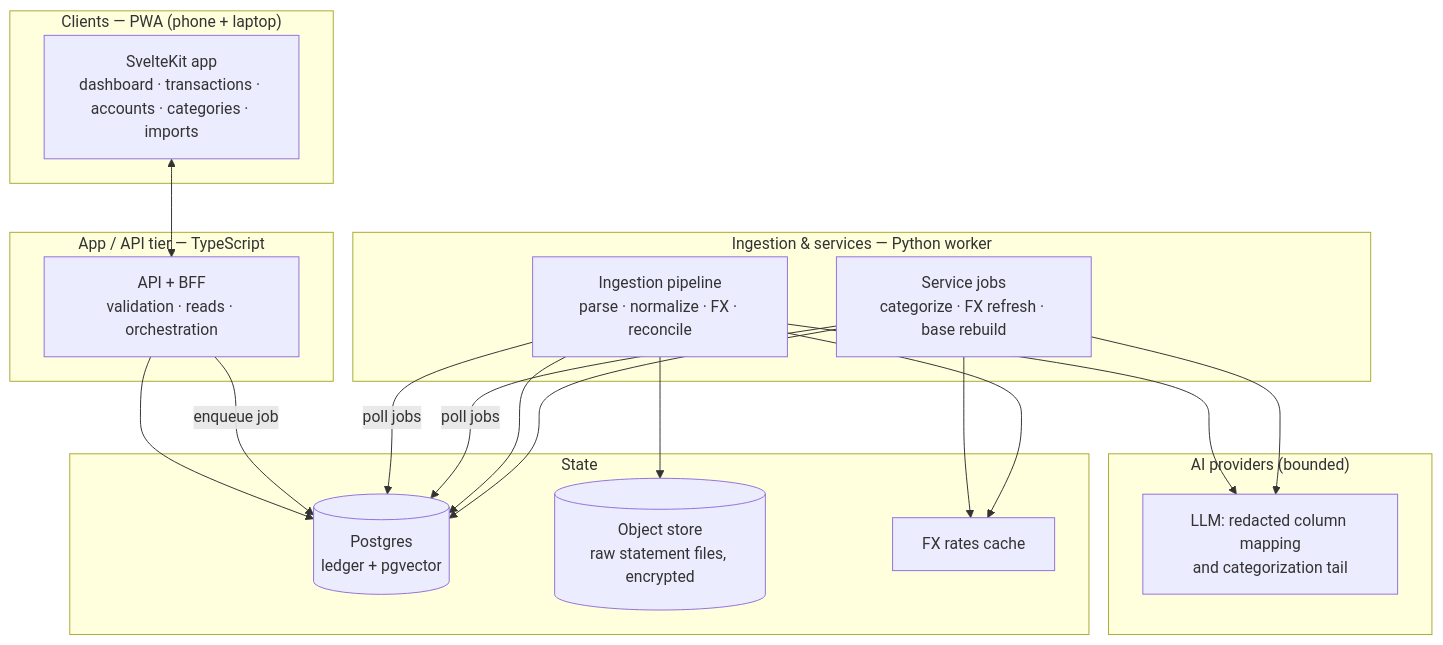
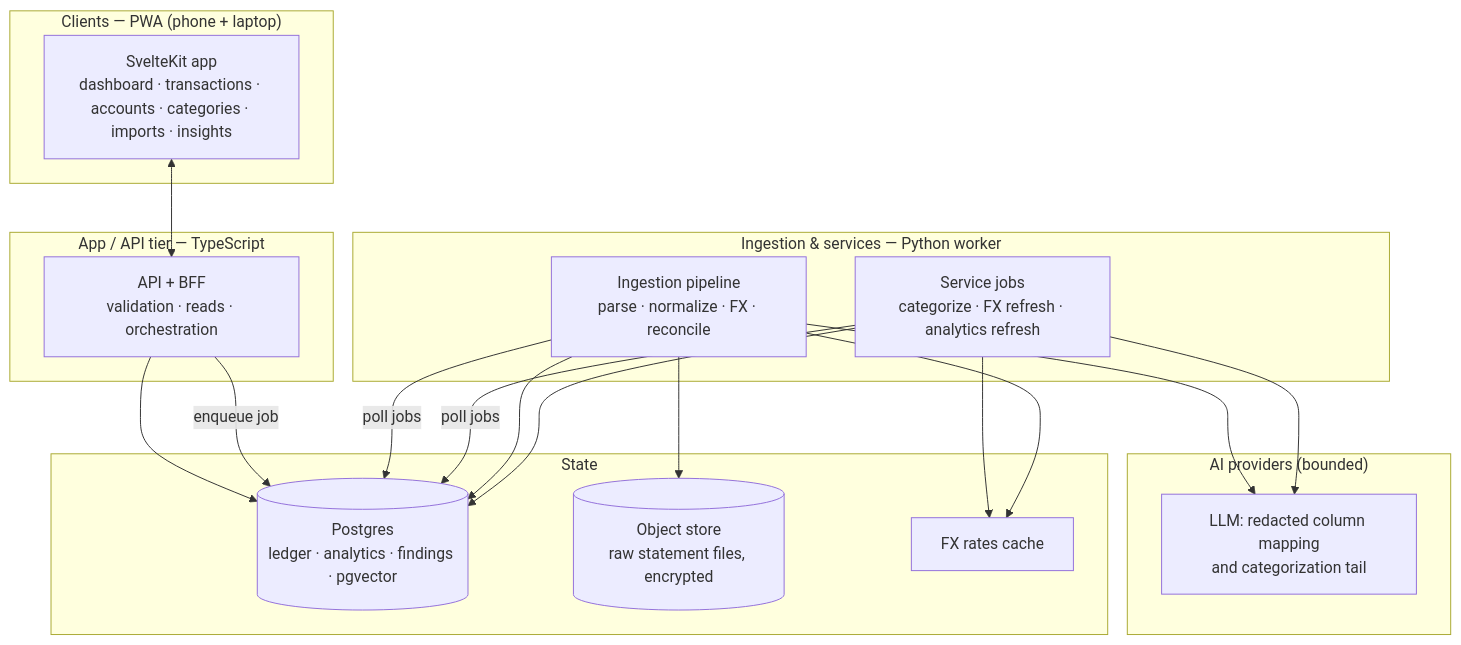
The first of 5 diagrams in docs/ARCHITECTURE.md (Shady-C/ledger), drawn with Mermaid before and after one commit. The commit also changed other lines of this file and 12 other files, not shown here.

````diff
--- a/docs/ARCHITECTURE.md
+++ b/docs/ARCHITECTURE.md
@@ -58,38 +62,38 @@
 ```mermaid
 flowchart TB
     subgraph Client["Clients — PWA (phone + laptop)"]
-        UI["SvelteKit app<br/>dashboard · transactions · accounts · categories · imports"]
+        UI["SvelteKit app<br/>dashboard · transactions · accounts · categories · imports · insights"]
     end
 
     subgraph Edge["App / API tier — TypeScript"]
         API["API + BFF<br/>validation · reads · orchestration"]
     end
 
     subgraph Work["Ingestion & services — Python worker"]
         ING["Ingestion pipeline<br/>parse · normalize · FX · reconcile"]
-        SVC["Service jobs<br/>categorize · FX refresh · base rebuild"]
+        SVC["Service jobs<br/>categorize · FX refresh · analytics refresh"]
     end
 
     subgraph AI["AI providers (bounded)"]
         LLM["LLM: redacted column mapping<br/>and categorization tail"]
     end
 
     subgraph Data["State"]
-        PG[("Postgres<br/>ledger + pgvector")]
+        PG[("Postgres<br/>ledger · analytics · findings · pgvector")]
         OBJ[("Object store<br/>raw statement files, encrypted")]
         FX["FX rates cache"]
     end
 
     UI <--> API
     API --> PG
     API -- enqueue job --> PG
     ING -- poll jobs --> PG
     SVC -- poll jobs --> PG
     ING --> OBJ
     ING --> LLM
     ING --> PG
     SVC --> LLM
     SVC --> FX
     SVC --> PG
     ING --> FX
 ```
````
